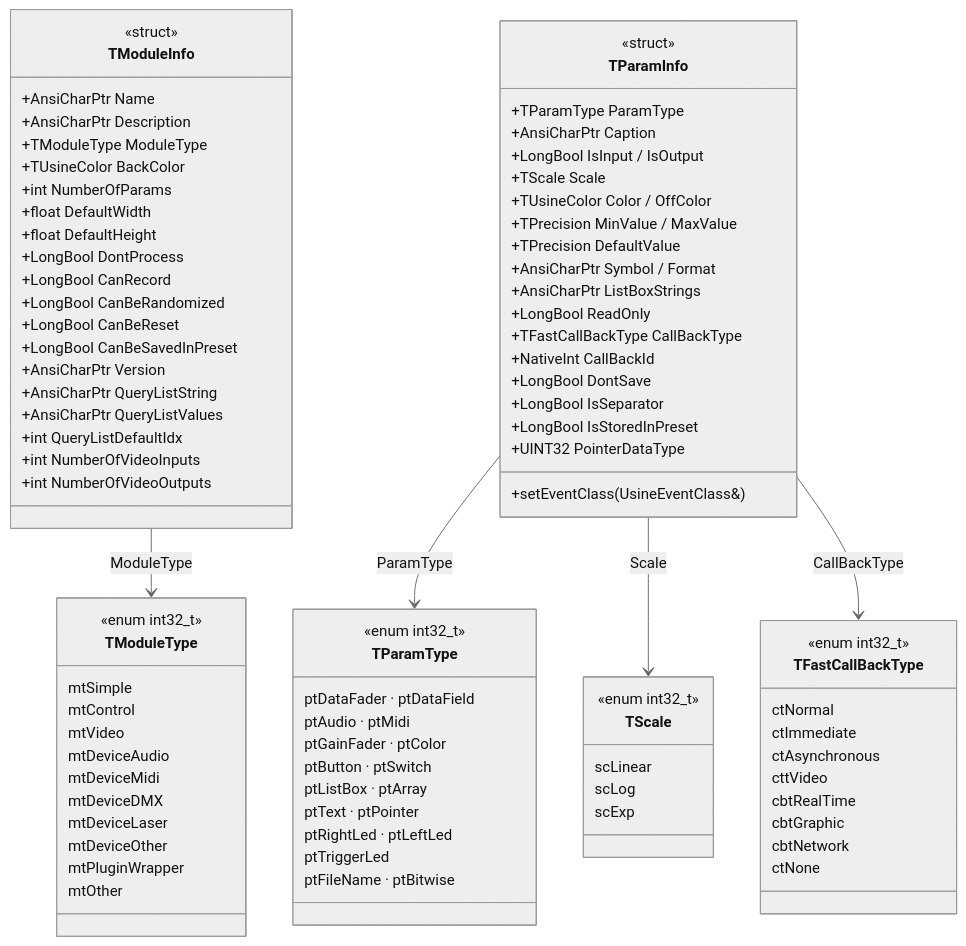
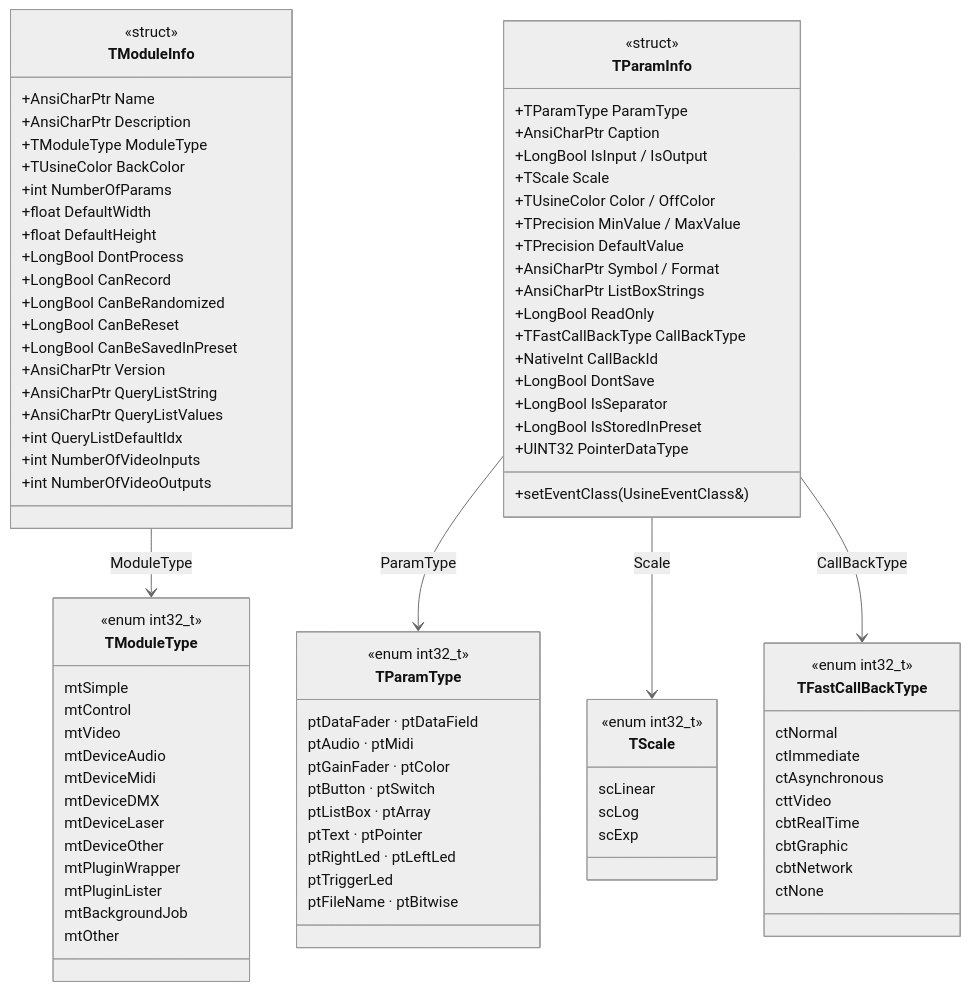
Before and after one commit to brainmodular/USINE-SDK-PUBLIC: the second of 9 diagrams in wiki/sdk/class-diagram.md, drawn with Mermaid (neutral theme). The commit also changed other lines of this file and 353 other files, not shown here.

```diff
--- a/wiki/sdk/class-diagram.md
+++ b/wiki/sdk/class-diagram.md
@@ -160,6 +160,8 @@
         mtDeviceLaser
         mtDeviceOther
         mtPluginWrapper
+        mtPluginLister
+        mtBackgroundJob
         mtOther
     }
 
```
